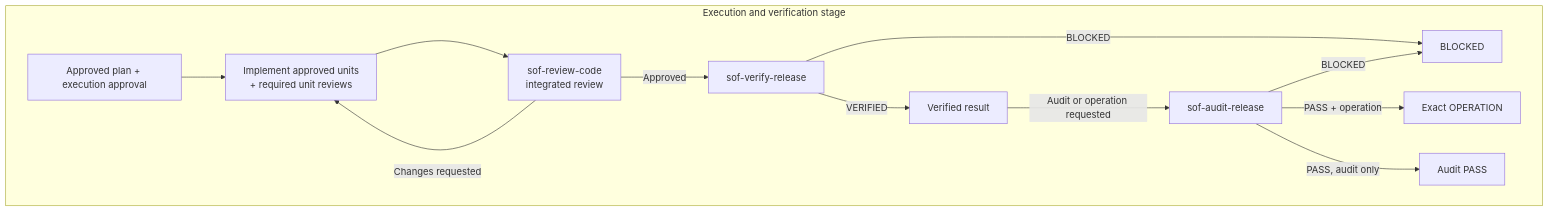
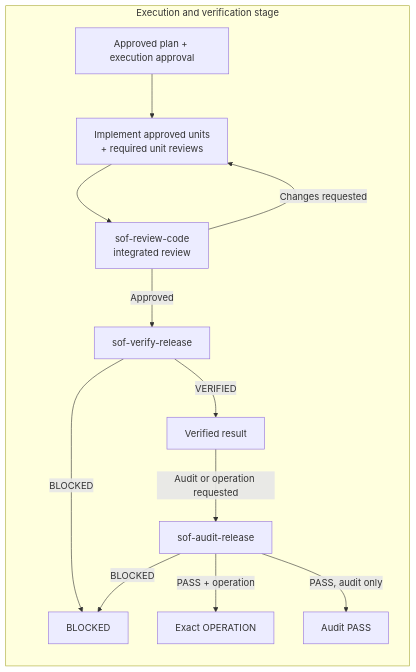
The third of 3 diagrams in README.md (zhenyumi/simple-opencode-flow), drawn with Mermaid before and after one commit. The commit also changed other lines of this file, not shown here.

````diff
--- a/README.md
+++ b/README.md
@@ -135,15 +136,16 @@
 ```mermaid
 flowchart TD
     subgraph EXECUTION["Execution and verification stage"]
+        direction TB
         X["Approved plan + execution approval"] --> I["Implement approved units<br/>+ required unit reviews"]
         I --> IR["sof-review-code<br/>integrated review"]
         IR -- "Changes requested" --> I
         IR -- "Approved" --> V["sof-verify-release"]
         V -- "VERIFIED" --> DONE["Verified result"]
         V -- "BLOCKED" --> B["BLOCKED"]
         DONE -- "Audit or operation requested" --> AU["sof-audit-release"]
         AU -- "PASS + operation" --> O["Exact OPERATION"]
         AU -- "PASS, audit only" --> PASS["Audit PASS"]
         AU -- "BLOCKED" --> B
     end
 ```
````
